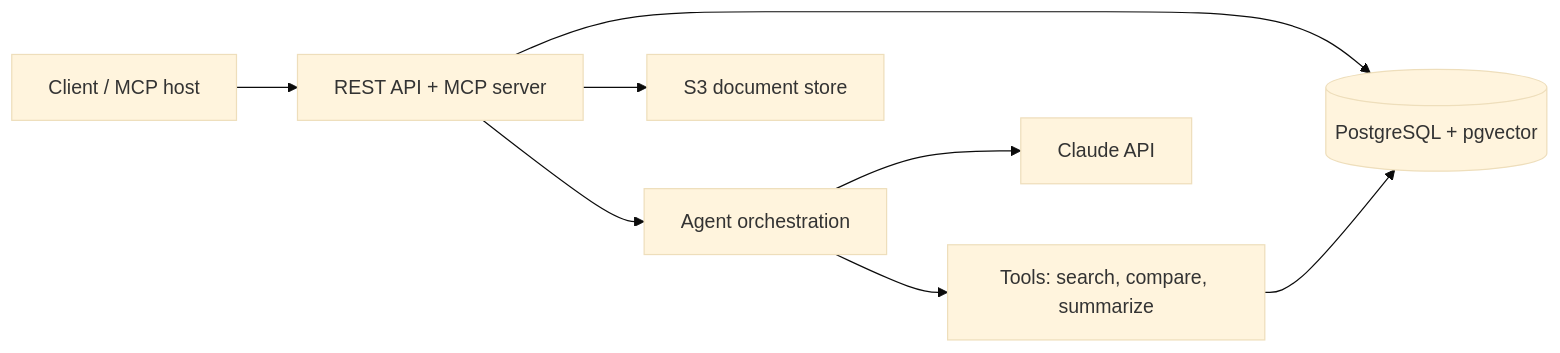
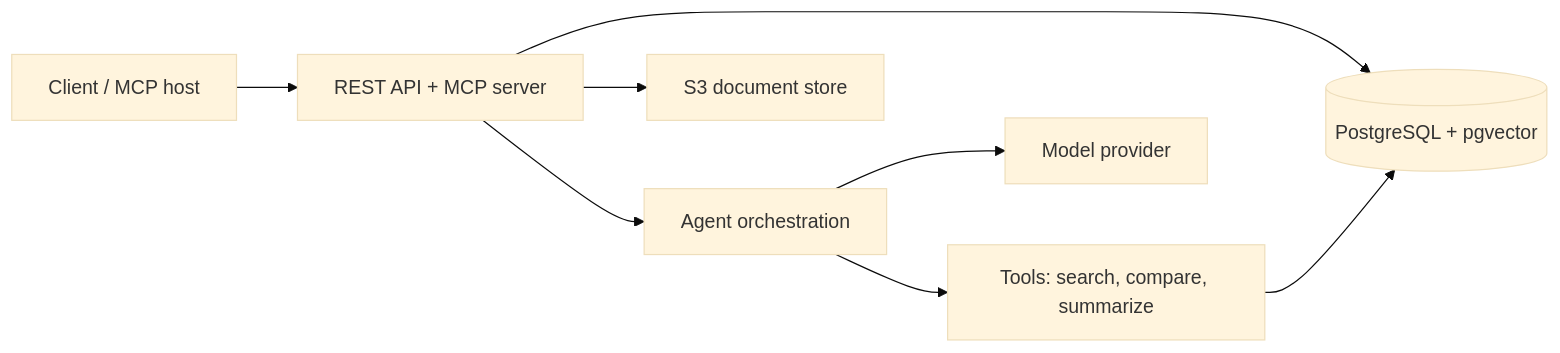
One commit to Bwebbb26/Redline changed the diagram in README.md. Above: the diagram before and after it, drawn with Mermaid (base theme). The commit also changed other lines of this file and 3 other files, not shown here.

````diff
--- a/README.md
+++ b/README.md
@@ -27,10 +92,10 @@
 ```mermaid
 flowchart LR
     A[Client / MCP host] --> B[REST API + MCP server]
     B --> C[(PostgreSQL + pgvector)]
     B --> D[S3 document store]
     B --> E[Agent orchestration]
-    E --> F[Claude API]
+    E --> F[Model provider]
     E --> G[Tools: search, compare, summarize]
     G --> C
 ```
````
